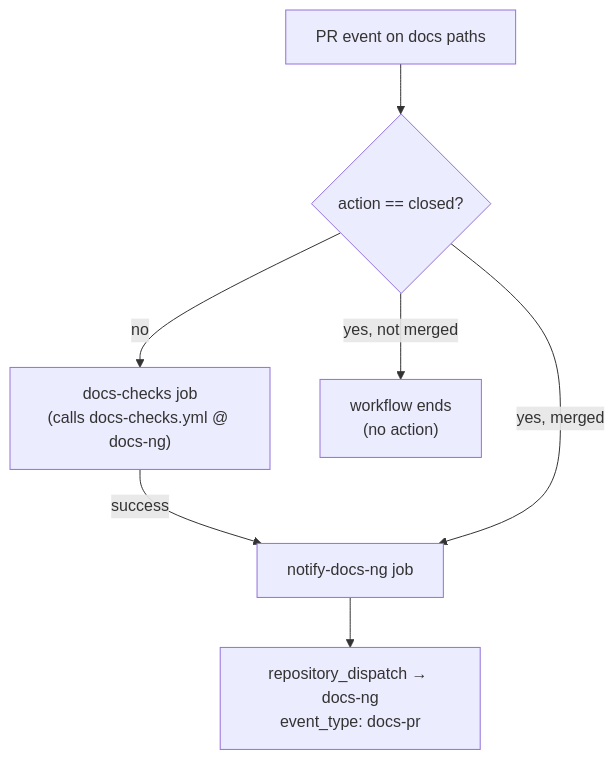
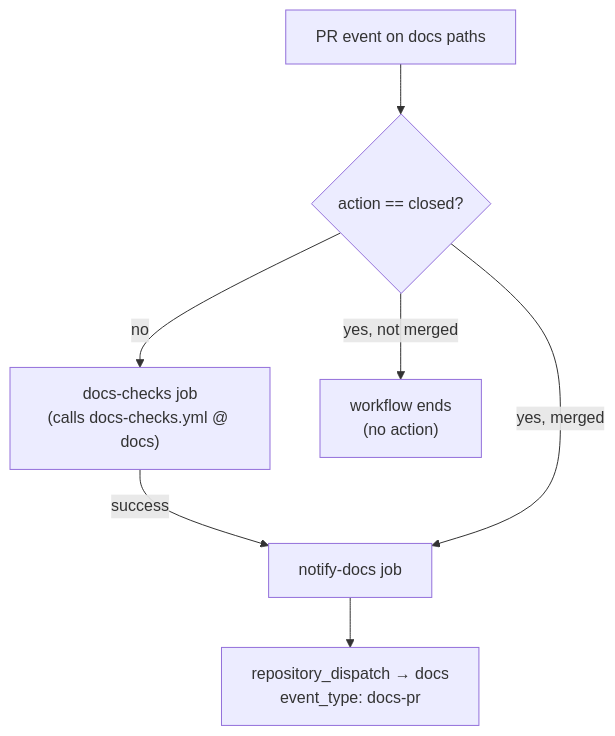
The first of 4 diagrams in docs/contributing/documentation/ci-workflows-reference.md (gardenlinux/docs-ng), drawn with Mermaid before and after one commit. The commit also changed other lines of this file and 17 other files, not shown here.

````diff
--- a/docs/contributing/documentation/ci-workflows-reference.md
+++ b/docs/contributing/documentation/ci-workflows-reference.md
@@ -95,15 +95,15 @@
 ```mermaid
 flowchart TD
     A["PR event on docs paths"] --> B{action == closed?}
-    B -->|no| C["docs-checks job<br/>(calls docs-checks.yml @ docs-ng)"]
-    C -->|success| D["notify-docs-ng job"]
+    B -->|no| C["docs-checks job<br/>(calls docs-checks.yml @ docs)"]
+    C -->|success| D["notify-docs job"]
     B -->|yes, merged| D
     B -->|yes, not merged| E["workflow ends<br/>(no action)"]
-    D --> F["repository_dispatch → docs-ng<br/>event_type: docs-pr"]
+    D --> F["repository_dispatch → docs<br/>event_type: docs-pr"]
 
     class A input
     class C,D process
     class B decision
     class E process
     class F output
 ```
````
